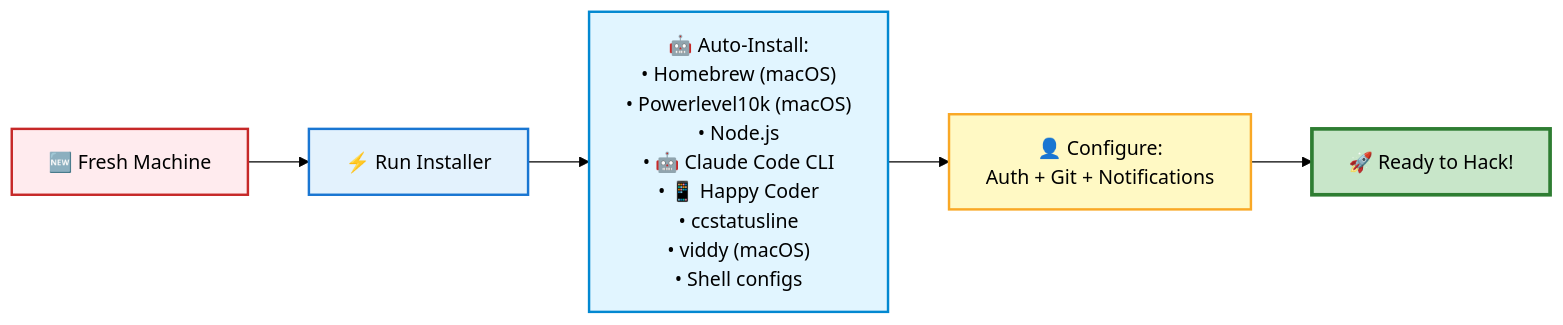
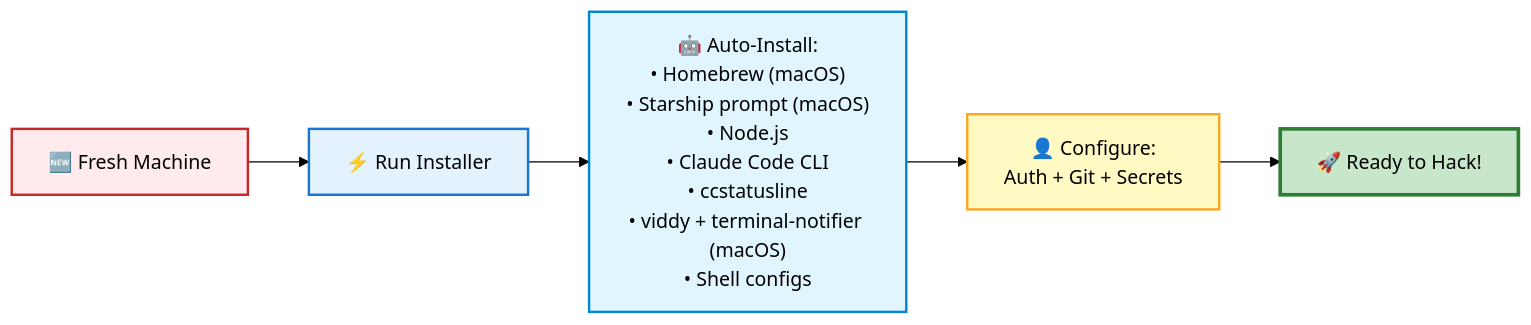
The diagram in README.md (hancengiz/dotfiles), drawn with Mermaid (forest theme) before and after one commit. The commit also changed other lines of this file and 18 other files, not shown here.

First line of the commit message:
Refresh dotfiles: Starship prompt, drop Happy Coder and Powerlevel10k

````diff
--- a/README.md
+++ b/README.md
@@ -5,13 +6,13 @@
 ```mermaid
 flowchart LR
     A["🆕 Fresh Machine"] --> B["⚡ Run Installer"]
-    B --> C["🤖 Auto-Install:<br/>• Homebrew (macOS)<br/>• Powerlevel10k (macOS)<br/>• Node.js<br/>• 🤖 Claude Code CLI<br/>• 📱 Happy Coder<br/>• ccstatusline<br/>• viddy (macOS)<br/>• Shell configs"]
-    C --> D["👤 Configure:<br/>Auth + Git + Notifications"]
+    B --> C["🤖 Auto-Install:<br/>• Homebrew (macOS)<br/>• Starship prompt (macOS)<br/>• Node.js<br/>• Claude Code CLI<br/>• ccstatusline<br/>• viddy + terminal-notifier (macOS)<br/>• Shell configs"]
+    C --> D["👤 Configure:<br/>Auth + Git + Secrets"]
     D --> E["🚀 Ready to Hack!"]
 
     style A fill:#ffebee,stroke:#c62828,stroke-width:2px
     style B fill:#e3f2fd,stroke:#1976d2,stroke-width:2px
     style C fill:#e1f5ff,stroke:#0288d1,stroke-width:2px
     style D fill:#fff9c4,stroke:#f9a825,stroke-width:2px
     style E fill:#c8e6c9,stroke:#2e7d32,stroke-width:3px
 ```
````
